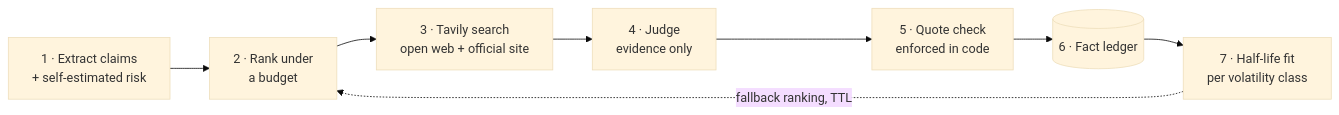
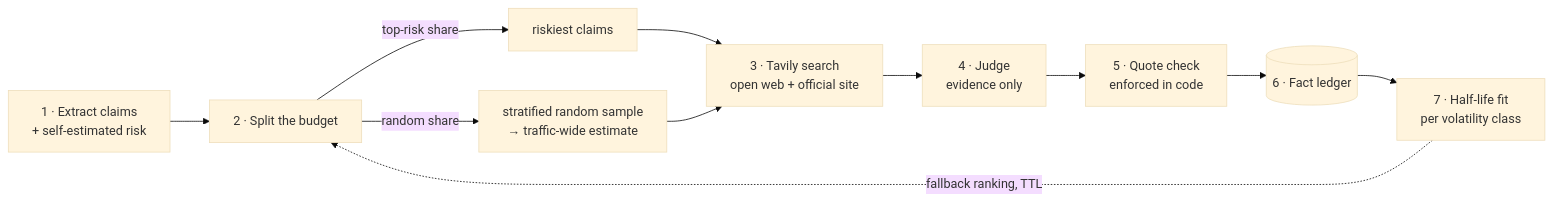
The first of 2 diagrams in README.md (shro-2002/halflife), drawn with Mermaid (base theme) before and after one commit. The commit also changed other lines of this file and 9 other files, not shown here.

First line of the commit message:
feat: lead with the validated traffic-wide stale-rate estimate

````diff
--- a/README.md
+++ b/README.md
@@ -23,10 +25,13 @@
 ```mermaid
 flowchart LR
-    A["1 · Extract claims<br/>+ self-estimated risk"] --> B["2 · Rank under<br/>a budget"]
-    B --> C["3 · Tavily search<br/>open web + official site"]
+    A["1 · Extract claims<br/>+ self-estimated risk"] --> B["2 · Split the budget"]
+    B -->|"top-risk share"| B1["riskiest claims"]
+    B -->|"random share"| B2["stratified random sample<br/>→ traffic-wide estimate"]
+    B1 --> C["3 · Tavily search<br/>open web + official site"]
+    B2 --> C
     C --> D["4 · Judge<br/>evidence only"]
     D --> E["5 · Quote check<br/>enforced in code"]
     E --> F[("6 · Fact ledger")]
     F --> G["7 · Half-life fit<br/>per volatility class"]
     G -.->|fallback ranking, TTL| B
 ```
````
